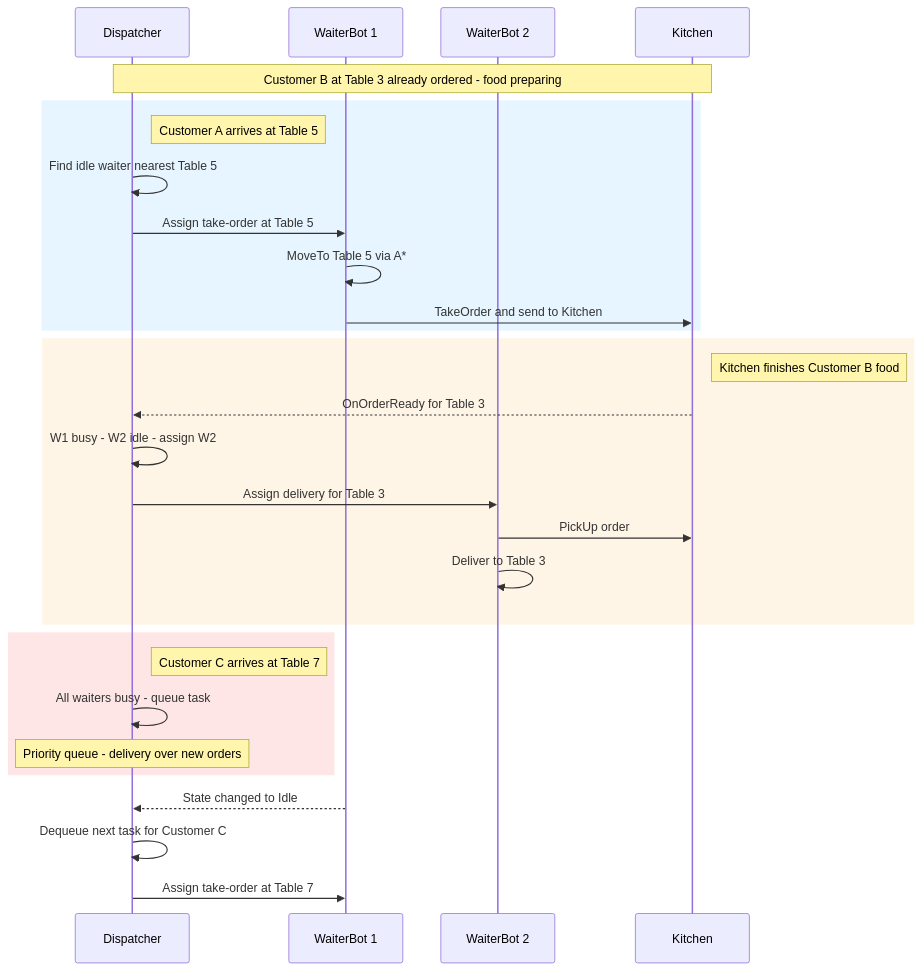
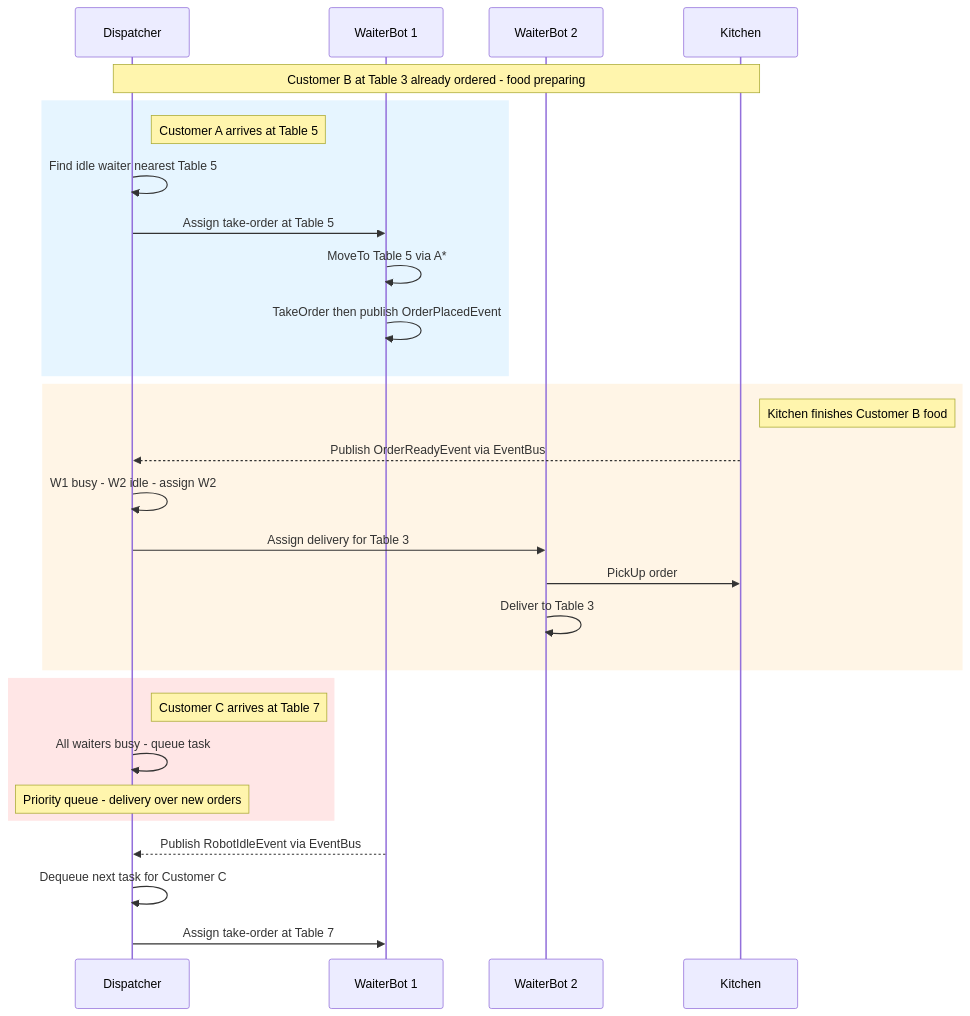
Before and after one commit to grafanaKibana/devbook.zip: the sixth of 15 diagrams in Vault/Assets/Sr. AI Engineer - OOD Interview Prep.md, drawn with Mermaid. The commit also changed other lines of this file, not shown here.

````diff
--- a/Vault/Assets/Sr. AI Engineer - OOD Interview Prep.md
+++ b/Vault/Assets/Sr. AI Engineer - OOD Interview Prep.md
@@ -1223,36 +1248,36 @@
 ```mermaid
 sequenceDiagram
     participant D as Dispatcher
     participant W1 as WaiterBot 1
     participant W2 as WaiterBot 2
     participant K as Kitchen
 
     Note over D,K: Customer B at Table 3 already ordered - food preparing
 
     rect rgb(230, 245, 255)
         Note right of D: Customer A arrives at Table 5
         D->>D: Find idle waiter nearest Table 5
         D->>W1: Assign take-order at Table 5
         W1->>W1: MoveTo Table 5 via A*
-        W1->>K: TakeOrder and send to Kitchen
+        W1->>W1: TakeOrder then publish OrderPlacedEvent
     end
 
     rect rgb(255, 245, 230)
         Note right of K: Kitchen finishes Customer B food
-        K-->>D: OnOrderReady for Table 3
+        K-->>D: Publish OrderReadyEvent via EventBus
         D->>D: W1 busy - W2 idle - assign W2
         D->>W2: Assign delivery for Table 3
         W2->>K: PickUp order
         W2->>W2: Deliver to Table 3
     end
 
     rect rgb(255, 230, 230)
         Note right of D: Customer C arrives at Table 7
         D->>D: All waiters busy - queue task
         Note over D: Priority queue - delivery over new orders
     end
 
-    W1-->>D: State changed to Idle
+    W1-->>D: Publish RobotIdleEvent via EventBus
     D->>D: Dequeue next task for Customer C
     D->>W1: Assign take-order at Table 7
 ```
````
